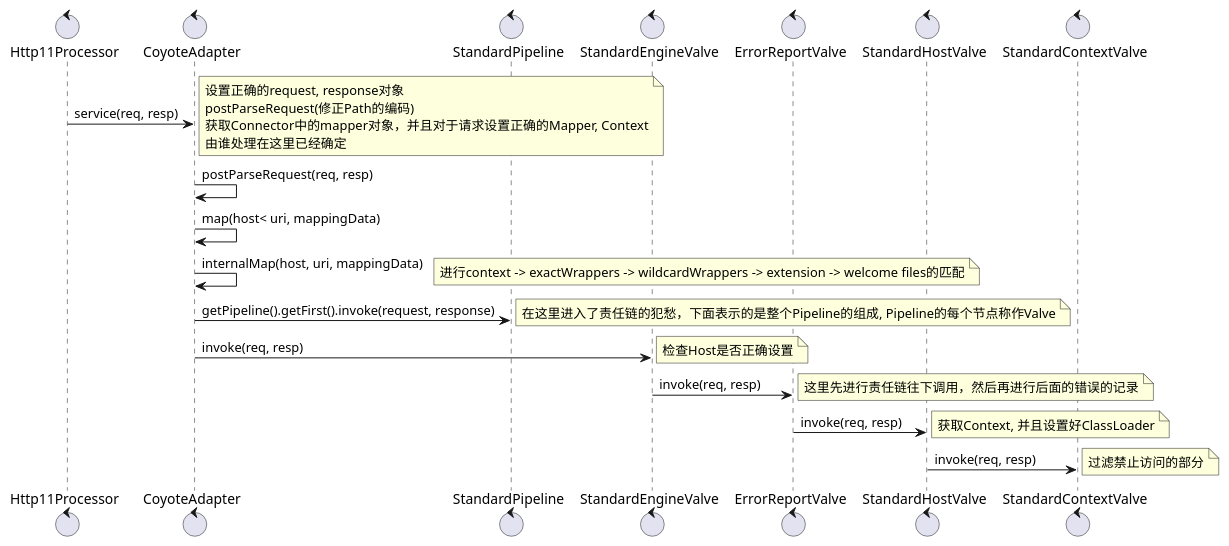
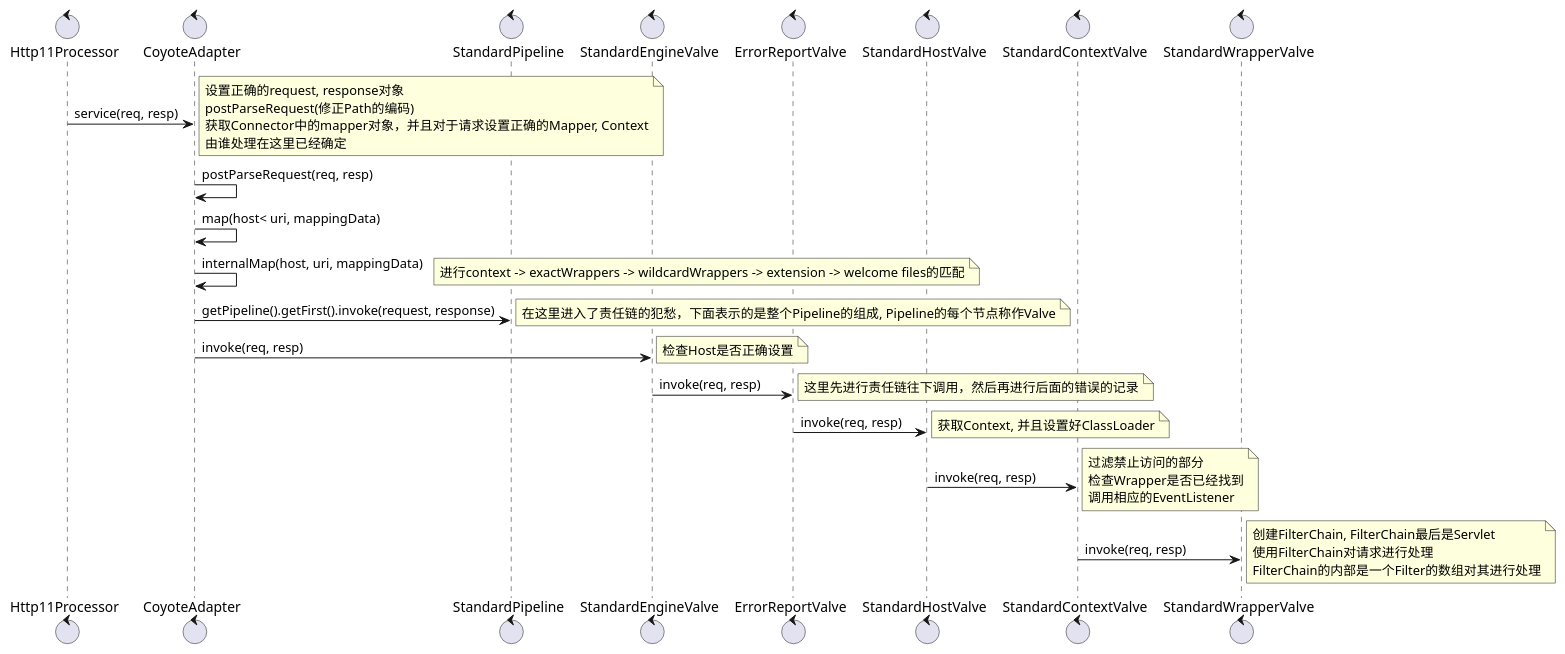
One commit to whiteskyline/graphs changed the diagram in tomcat/tomcat-container-handle.pu. Above: the diagram before and after it, drawn with PlantUML.

Commit message:
update tomcat container level

```diff
--- a/tomcat/tomcat-container-handle.pu
+++ b/tomcat/tomcat-container-handle.pu
@@ -1,51 +1,61 @@
 @startuml
 
 control Http11Processor as Hp
 control CoyoteAdapter as Ca
 control StandardPipeline as Sp
 
 control StandardEngineValve as Sea
 control ErrorReportValve as Erv
 control StandardHostValve as Shv
 control StandardContextValve as Scv
+control StandardWrapperValve as Swv
 
 Hp -> Ca: service(req, resp)
 note right
   设置正确的request, response对象
   postParseRequest(修正Path的编码)
   获取Connector中的mapper对象，并且对于请求设置正确的Mapper, Context
   由谁处理在这里已经确定
 end note
 Ca -> Ca: postParseRequest(req, resp)
 Ca -> Ca: map(host< uri, mappingData)
 Ca -> Ca: internalMap(host, uri, mappingData)
 note right
   进行context -> exactWrappers -> wildcardWrappers -> extension -> welcome files的匹配
 end note
 Ca -> Sp: getPipeline().getFirst().invoke(request, response)
 note right
   在这里进入了责任链的犯愁，下面表示的是整个Pipeline的组成, Pipeline的每个节点称作Valve
 end note
 
 Ca -> Sea: invoke(req, resp)
 note right
   检查Host是否正确设置
 end note
 
 Sea -> Erv: invoke(req, resp)
 note right
   这里先进行责任链往下调用，然后再进行后面的错误的记录
 end note
 
 Erv -> Shv: invoke(req, resp)
 note right
   获取Context, 并且设置好ClassLoader
 end note
 
 Shv -> Scv: invoke(req, resp)
 note right
   过滤禁止访问的部分
+  检查Wrapper是否已经找到
+  调用相应的EventListener
+end note
+
+Scv -> Swv: invoke(req, resp)
+note right
+  创建FilterChain, FilterChain最后是Servlet
+  使用FilterChain对请求进行处理
+  FilterChain的内部是一个Filter的数组对其进行处理
 end note
 
 
 @enduml
```
